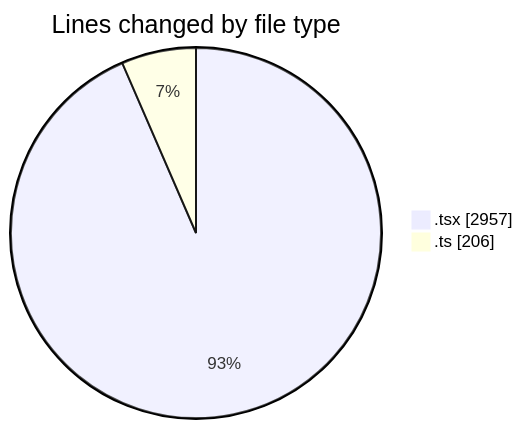
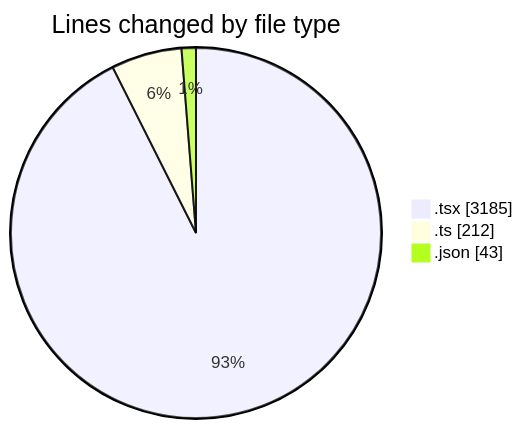
The first of 2 diagrams in 2025-09-23/cda/README.md (momahboobian/code-tracking), drawn with Mermaid before and after one commit. The commit also changed other lines of this file and 1 other file, not shown here.

````diff
--- a/2025-09-23/cda/README.md
+++ b/2025-09-23/cda/README.md
@@ -25,6 +30,7 @@
 ```mermaid
 pie showData
 title Lines changed by file type
-".tsx" : 2957
-".ts" : 206
+".tsx" : 3185
+".ts" : 212
+".json" : 43
 ```
````
